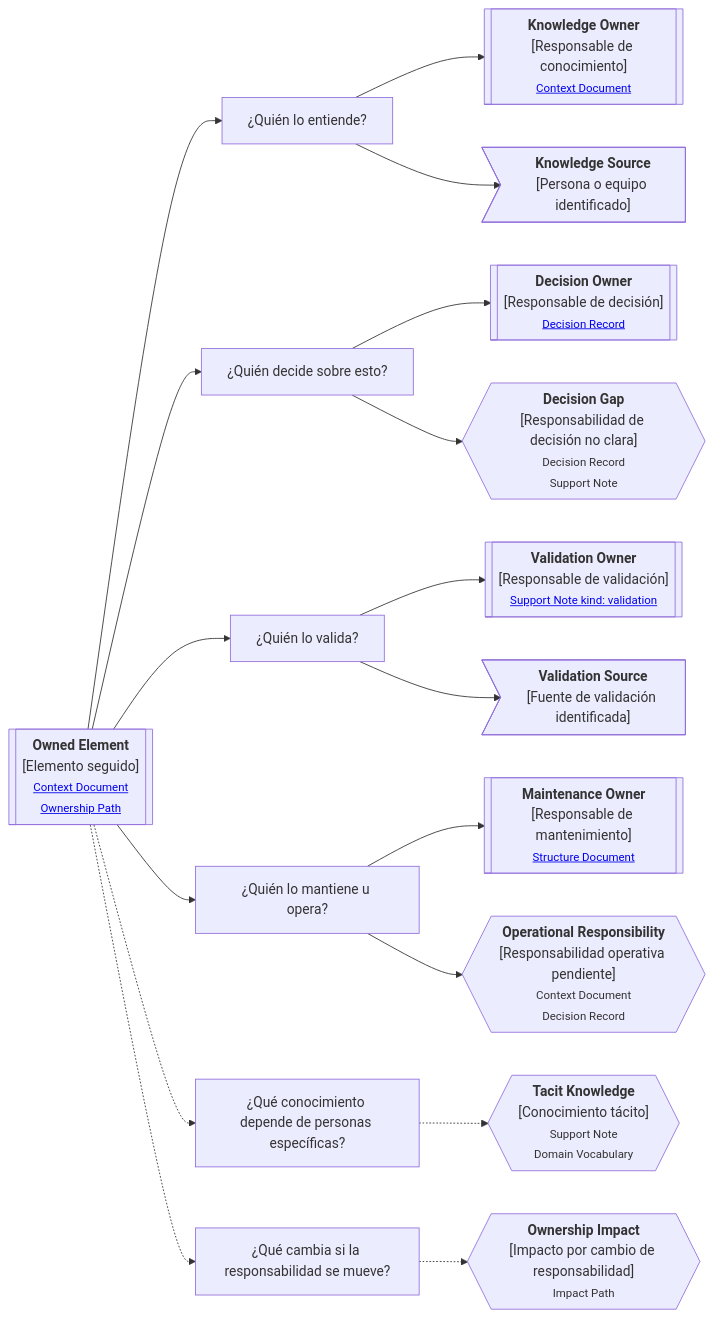
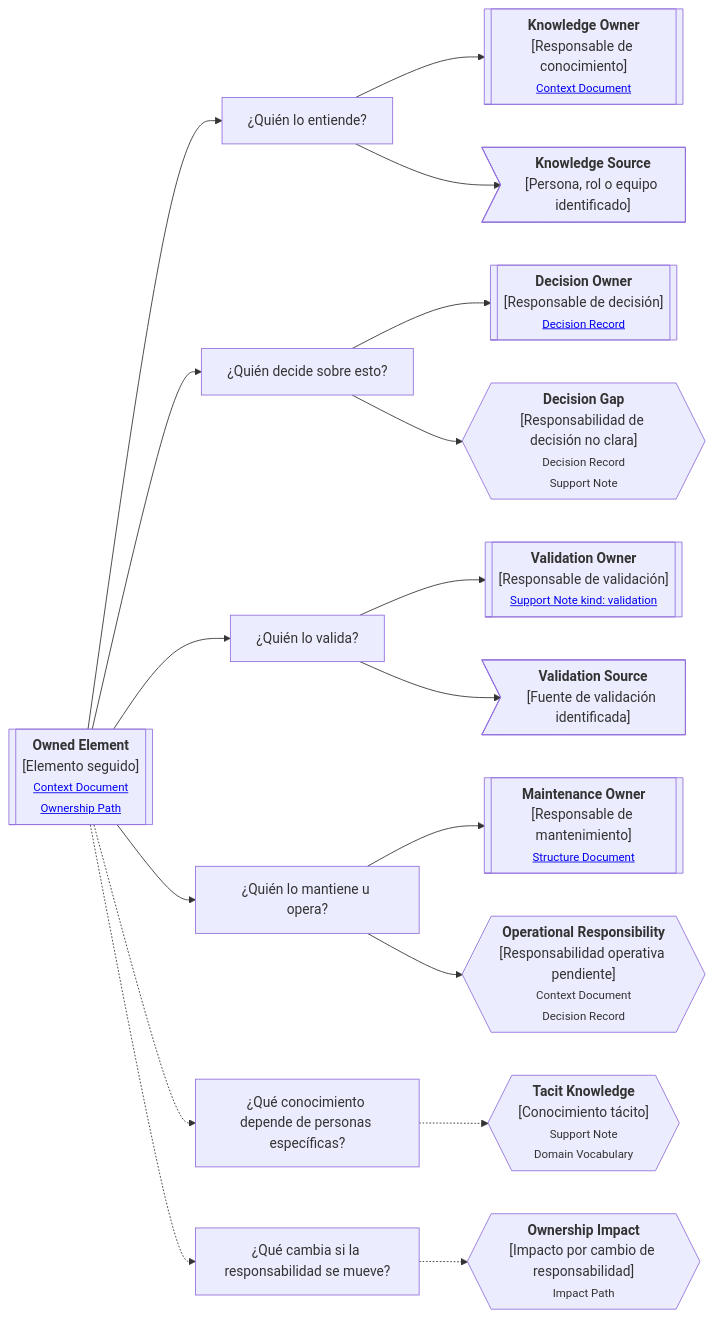
Before and after one commit to vslices/docs: the diagram in docs/es/alive-lab/research/notes/docs-standard/artifacts/continuity-paths/support/ownership.md, drawn with Mermaid. The commit also changed other lines of this file and 10 other files, not shown here.

````diff
--- a/docs/es/alive-lab/research/notes/docs-standard/artifacts/continuity-paths/support/ownership.md
+++ b/docs/es/alive-lab/research/notes/docs-standard/artifacts/continuity-paths/support/ownership.md
@@ -50,45 +38,27 @@
 ```mermaid
 flowchart LR
     A[["<b>Owned Element</b><br/>[Elemento seguido]<br/><small><a href='link'>Context Document</a><br/><a href='link'>Ownership Path</a></small>"]]
 
-    P1["¿Quién lo entiende?"]
-    P2["¿Quién decide sobre esto?"]
-    P3["¿Quién lo valida?"]
-    P4["¿Quién lo mantiene u opera?"]
-    P5["¿Qué conocimiento depende de personas específicas?"]
-    P6["¿Qué cambia si la responsabilidad se mueve?"]
+    A --> P1["¿Quién lo entiende?"]
+    A --> P2["¿Quién decide sobre esto?"]
+    A --> P3["¿Quién lo valida?"]
+    A --> P4["¿Quién lo mantiene u opera?"]
+    A -.-> P5["¿Qué conocimiento depende de personas específicas?"]
+    A -.-> P6["¿Qué cambia si la responsabilidad se mueve?"]
 
-    K1[["<b>Knowledge Owner</b><br/>[Responsable de conocimiento]<br/><small><a href='link'>Context Document</a></small>"]]
-    K2>"<b>Knowledge Source</b><br/>[Persona o equipo identificado]"]
+    P1 --> K1[["<b>Knowledge Owner</b><br/>[Responsable de conocimiento]<br/><small><a href='link'>Context Document</a></small>"]]
+    P1 --> K2>"<b>Knowledge Source</b><br/>[Persona, rol o equipo identificado]"]
 
-    D1[["<b>Decision Owner</b><br/>[Responsable de decisión]<br/><small><a href='link'>Decision Record</a></small>"]]
-    D2{{"<b>Decision Gap</b><br/>[Responsabilidad de decisión no clara]<br/><small>Decision Record<br/>Support Note</small>"}}
+    P2 --> D1[["<b>Decision Owner</b><br/>[Responsable de decisión]<br/><small><a href='link'>Decision Record</a></small>"]]
+    P2 --> D2{{"<b>Decision Gap</b><br/>[Responsabilidad de decisión no clara]<br/><small>Decision Record<br/>Support Note</small>"}}
 
-    V1[["<b>Validation Owner</b><br/>[Responsable de validación]<br/><small><a href='link'>Support Note kind: validation</a></small>"]]
-    V2>"<b>Validation Source</b><br/>[Fuente de validación identificada]"]
+    P3 --> V1[["<b>Validation Owner</b><br/>[Responsable de validación]<br/><small><a href='link'>Support Note kind: validation</a></small>"]]
+    P3 --> V2>"<b>Validation Source</b><br/>[Fuente de validación identificada]"]
 
-    M1[["<b>Maintenance Owner</b><br/>[Responsable de mantenimiento]<br/><small><a href='link'>Structure Document</a></small>"]]
-    M2{{"<b>Operational Responsibility</b><br/>[Responsabilidad operativa pendiente]<br/><small>Context Document<br/>Decision Record</small>"}}
+    P4 --> M1[["<b>Maintenance Owner</b><br/>[Responsable de mantenimiento]<br/><small><a href='link'>Structure Document</a></small>"]]
+    P4 --> M2{{"<b>Operational Responsibility</b><br/>[Responsabilidad operativa pendiente]<br/><small>Context Document<br/>Decision Record</small>"}}
 
-    T1{{"<b>Tacit Knowledge</b><br/>[Conocimiento tácito]<br/><small>Support Note<br/>Domain Vocabulary</small>"}}
+    P5 -.-> T1{{"<b>Tacit Knowledge</b><br/>[Conocimiento tácito]<br/><small>Support Note<br/>Domain Vocabulary</small>"}}
 
-    I1{{"<b>Ownership Impact</b><br/>[Impacto por cambio de responsabilidad]<br/><small>Impact Path</small>"}}
-
-    A --> P1
-    P1 --> K1 & K2
-
-    A --> P2
-    P2 --> D1 & D2
-
-    A --> P3
-    P3 --> V1 & V2
-
-    A --> P4
-    P4 --> M1 & M2
-
-    A -.-> P5
-    P5 -.-> T1
-
-    A -.-> P6
-    P6 -.-> I1
+    P6 -.-> I1{{"<b>Ownership Impact</b><br/>[Impacto por cambio de responsabilidad]<br/><small>Impact Path</small>"}}
 ```
````
